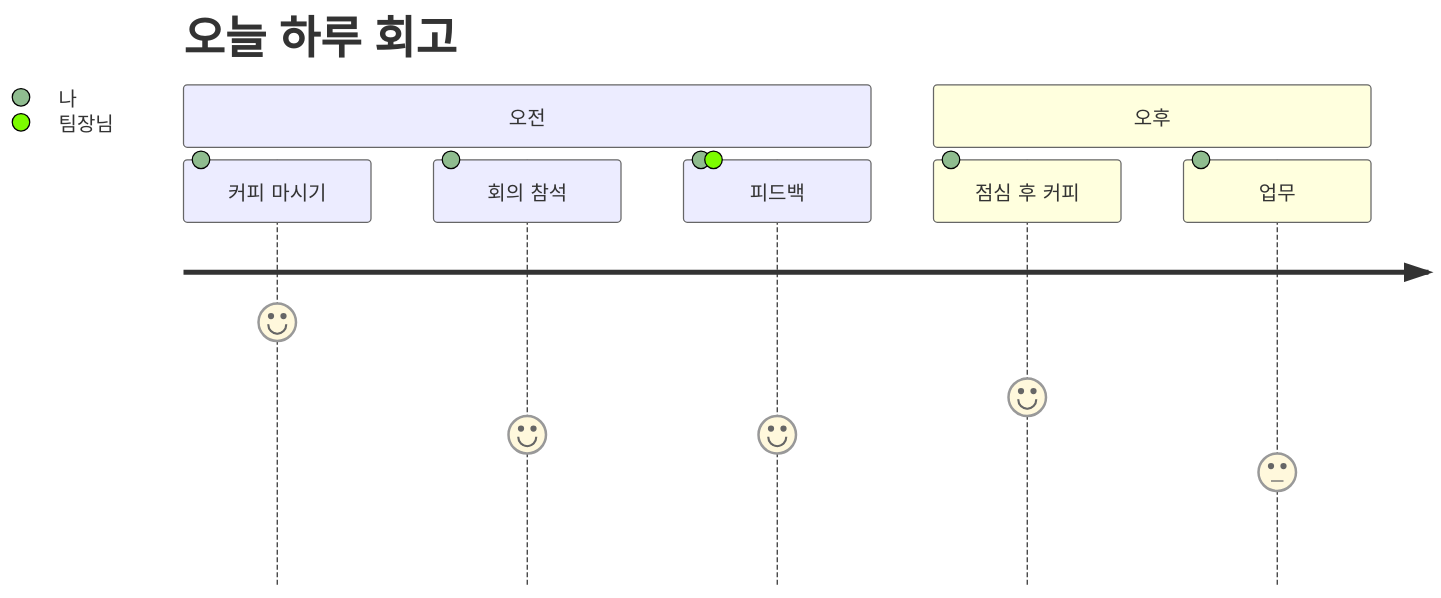
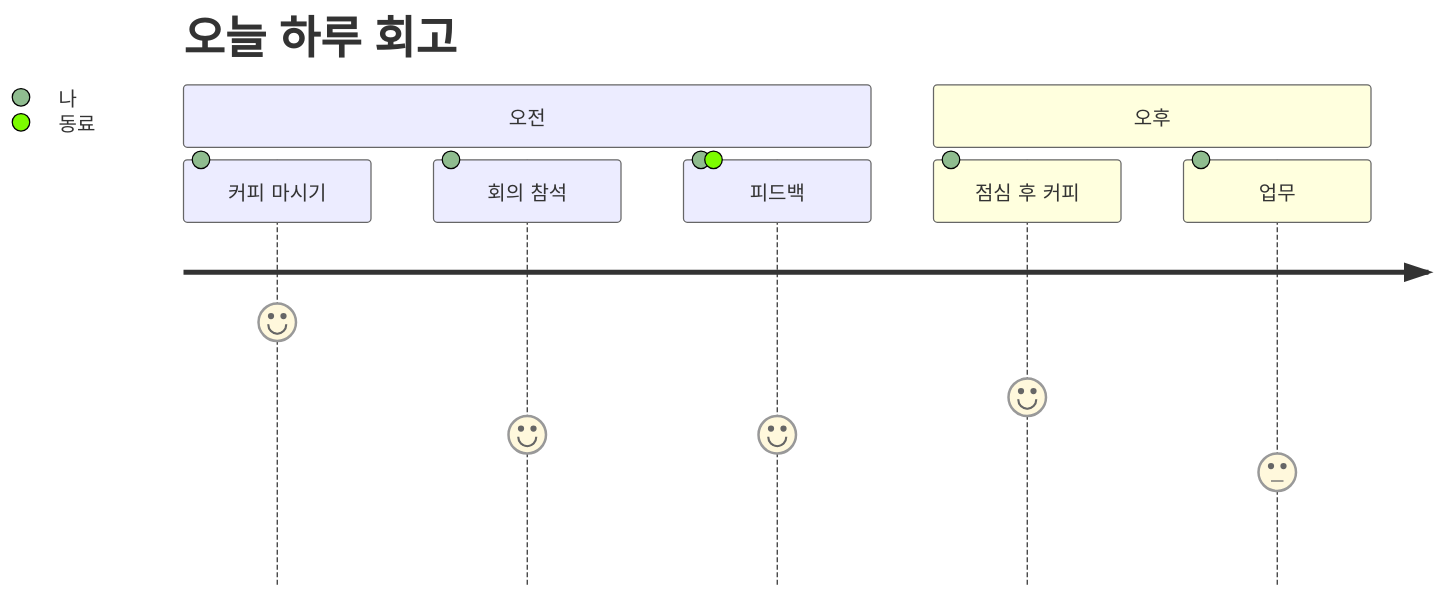
One commit to junep16/mermaid-test changed the eighth of 8 diagrams in README.md. Above: the diagram before and after it, drawn with Mermaid.

````diff
--- a/README.md
+++ b/README.md
@@ -89,11 +89,11 @@
 ```mermaid
 		journey 
 	    title 오늘 하루 회고
 	    section 오전
 	      커피 마시기: 7: 나
 	      회의 참석: 4: 나
-	      피드백: 4: 나, 팀장님
+	      피드백: 4: 나, 동료
 	    section 오후
 	      점심 후 커피: 5: 나
 	      업무: 3: 나
 ```
````
